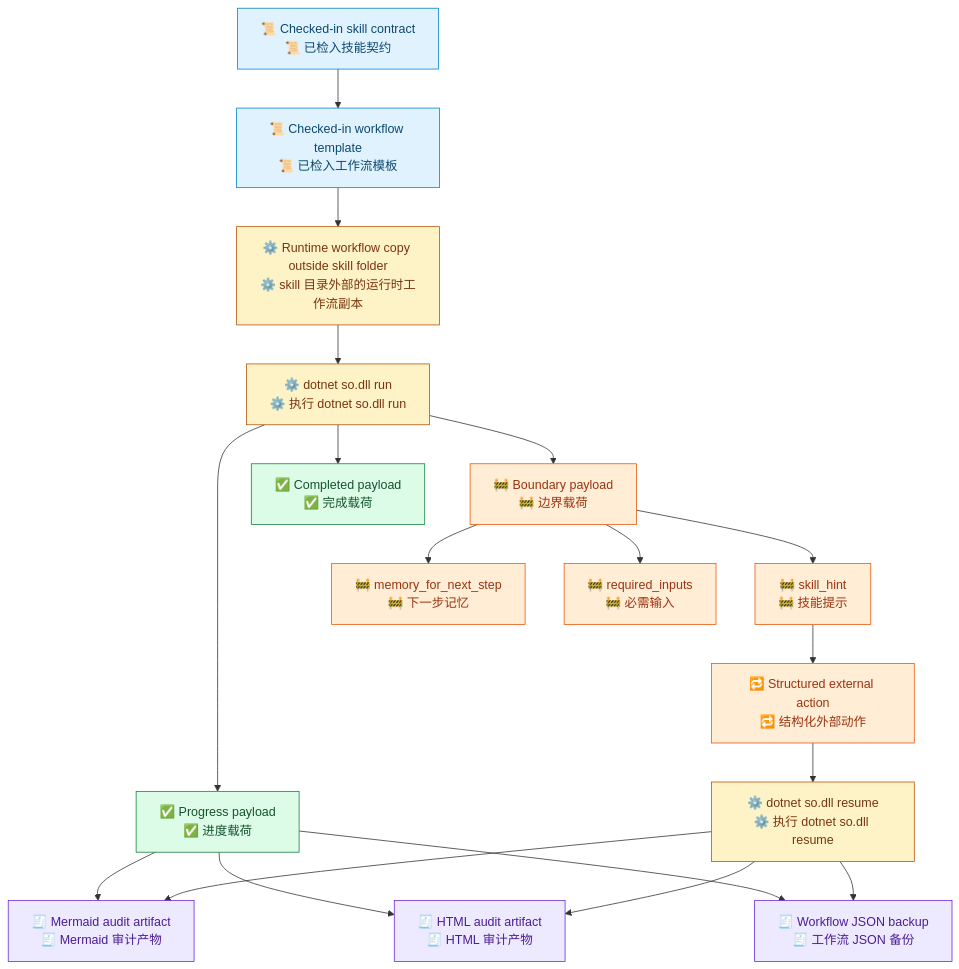
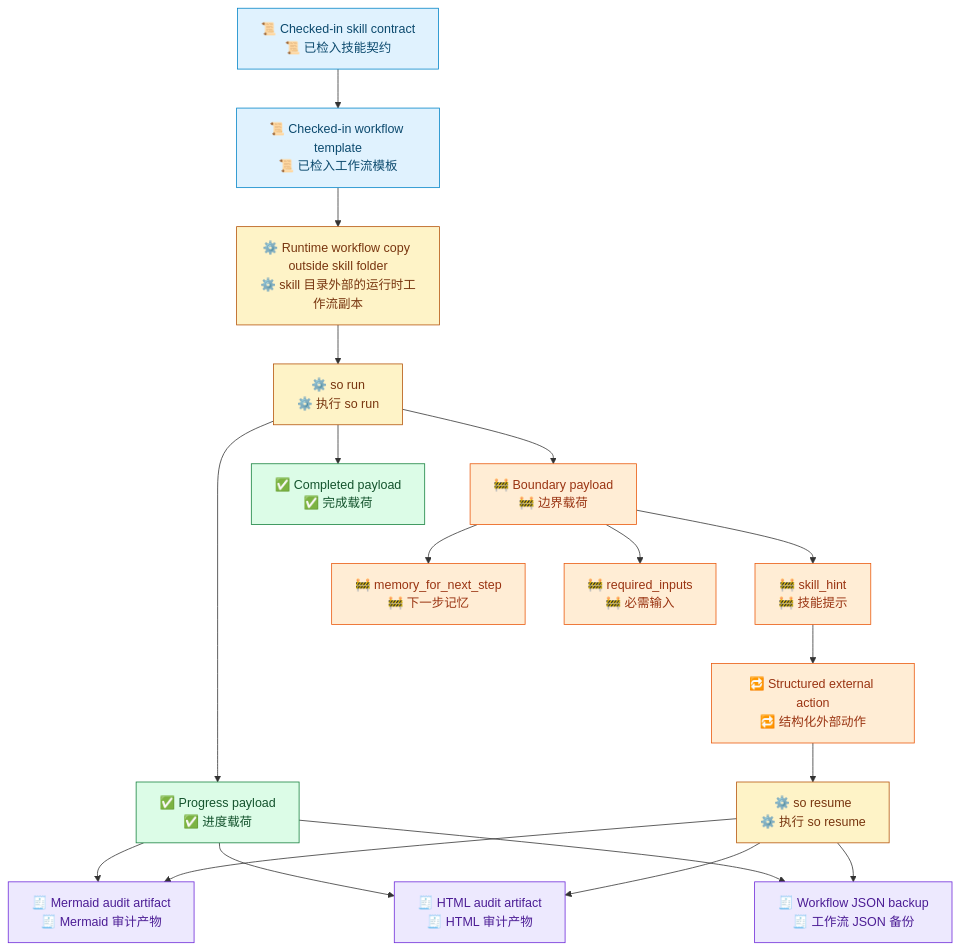
Before and after one commit to waynebaby/Techne-Loom: the second of 2 diagrams in README.zh-CN.md, drawn with Mermaid. The commit also changed other lines of this file and 153 other files, not shown here.

````diff
--- a/README.zh-CN.md
+++ b/README.zh-CN.md
@@ -261,34 +264,34 @@
 ```mermaid
 flowchart TD
     A["📜 Checked-in skill contract<br/>📜 已检入技能契约"] --> B["📜 Checked-in workflow template<br/>📜 已检入工作流模板"]
     B --> C["⚙️ Runtime workflow copy outside skill folder<br/>⚙️ skill 目录外部的运行时工作流副本"]
-    C --> D["⚙️ dotnet so.dll run<br/>⚙️ 执行 dotnet so.dll run"]
+    C --> D["⚙️ so run<br/>⚙️ 执行 so run"]
     D --> E["✅ Progress payload<br/>✅ 进度载荷"]
     D --> F["🚧 Boundary payload<br/>🚧 边界载荷"]
     D --> G["✅ Completed payload<br/>✅ 完成载荷"]
     E --> H["🧾 Mermaid audit artifact<br/>🧾 Mermaid 审计产物"]
     E --> I["🧾 HTML audit artifact<br/>🧾 HTML 审计产物"]
     E --> J["🧾 Workflow JSON backup<br/>🧾 工作流 JSON 备份"]
     F --> K["🚧 skill_hint<br/>🚧 技能提示"]
     F --> L["🚧 memory_for_next_step<br/>🚧 下一步记忆"]
     F --> M["🚧 required_inputs<br/>🚧 必需输入"]
     K --> N["🔁 Structured external action<br/>🔁 结构化外部动作"]
-    N --> O["⚙️ dotnet so.dll resume<br/>⚙️ 执行 dotnet so.dll resume"]
+    N --> O["⚙️ so resume<br/>⚙️ 执行 so resume"]
     O --> H
     O --> I
     O --> J
 
     classDef contract fill:#E0F2FE,stroke:#0284C7,color:#0C4A6E;
     classDef runtime fill:#FEF3C7,stroke:#B45309,color:#78350F;
     classDef output fill:#DCFCE7,stroke:#15803D,color:#14532D;
     classDef boundary fill:#FFEDD5,stroke:#EA580C,color:#9A3412;
     classDef audit fill:#EDE9FE,stroke:#6D28D9,color:#4C1D95;
 
     class A,B contract;
     class C,D,O runtime;
     class E,G output;
     class F,K,L,M boundary;
     class H,I,J audit;
 
     class N boundary;
 ```
````
